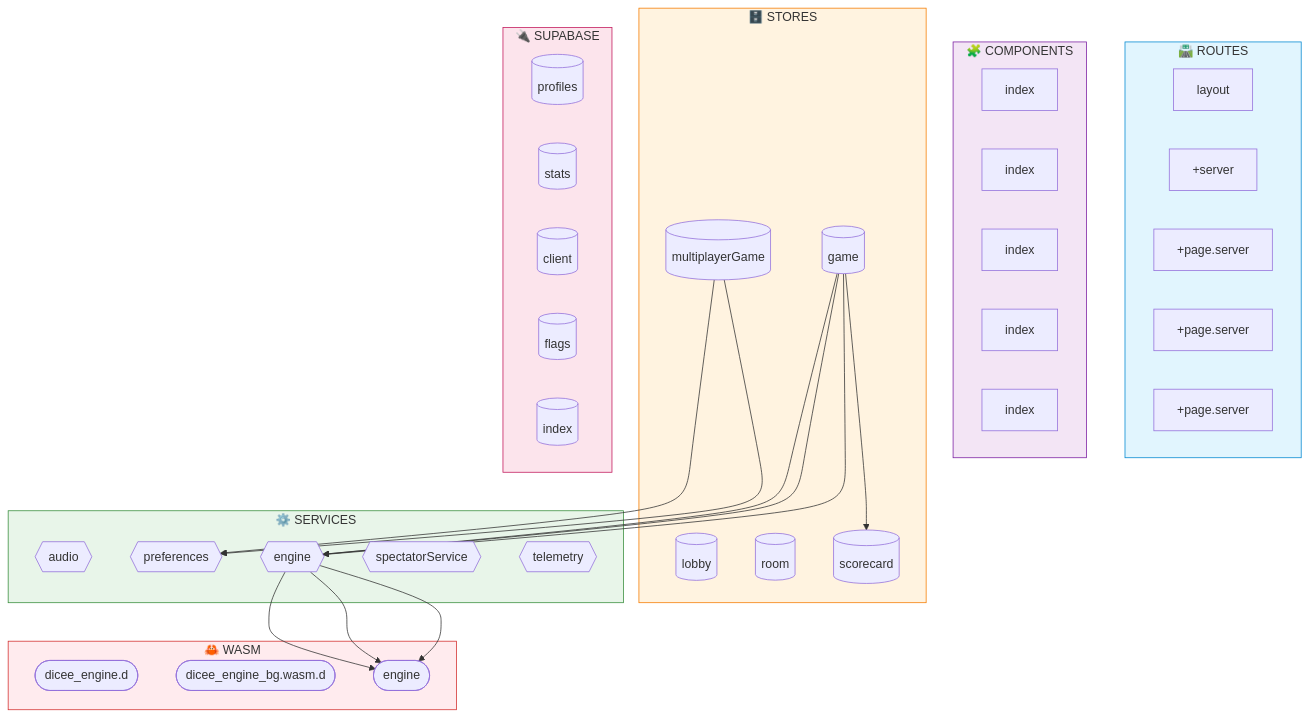
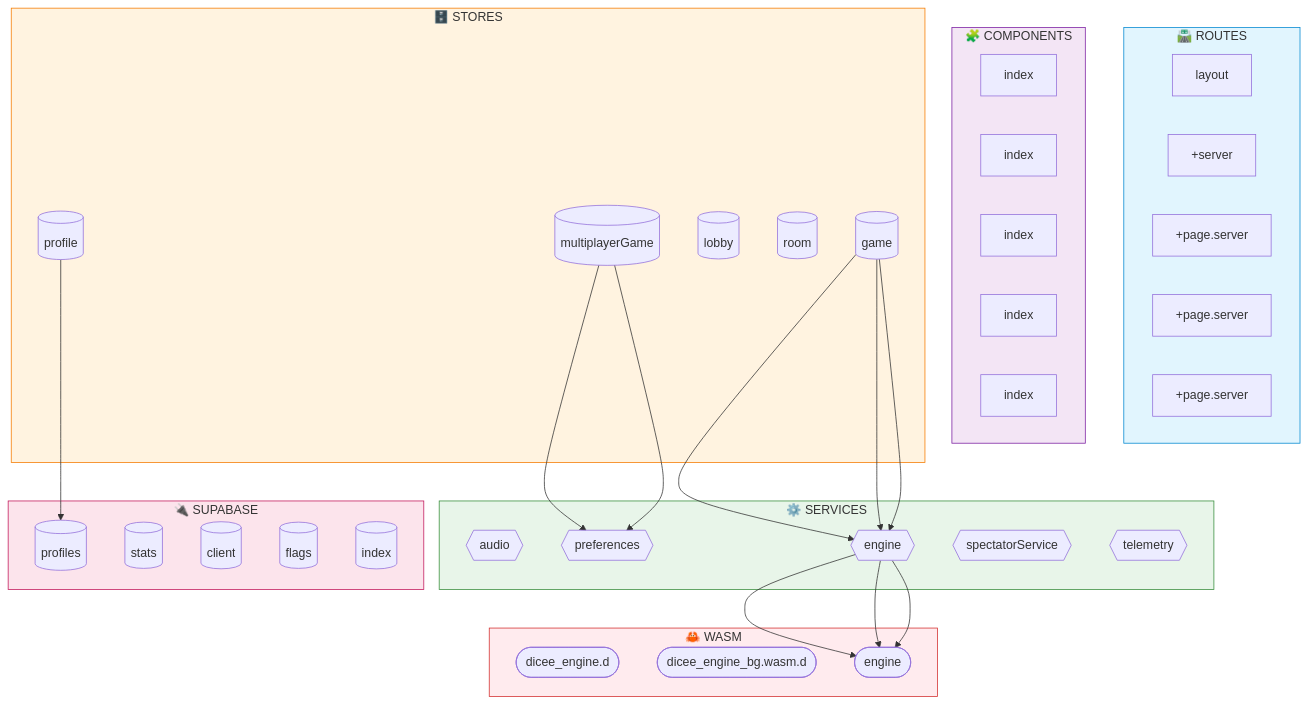
Before and after one commit to verlyn13/dicee: the diagram in docs/architecture/akg/diagrams/DATAFLOW.md, drawn with Mermaid. The commit also changed other lines of this file and 54 other files, not shown here.

First line of the commit message:
feat(arch): complete architecture consolidation plan (Phases 1-5)

````diff
--- a/docs/architecture/akg/diagrams/DATAFLOW.md
+++ b/docs/architecture/akg/diagrams/DATAFLOW.md
@@ -18,66 +18,66 @@
 ```mermaid
 flowchart TB
     subgraph routes["🛣️ ROUTES"]
         module___layout__rc_routes__layout_ts["layout"]
         module___server___callback__server_ts["+server"]
         module___page_server__obby__page_server_["+page.server"]
         module___page_server___id___page_server_["+page.server"]
         module___page_server__ode___page_server_["+page.server"]
     end
 
     subgraph components["🧩 COMPONENTS"]
         module__index__mponents_ui_index_ts["index"]
         module__index__ts_settings_index_ts["index"]
         module__index__onents_chat_index_ts["index"]
         module__index__onents_auth_index_ts["index"]
         module__index__ts_skeleton_index_ts["index"]
     end
 
     subgraph stores["🗄️ STORES"]
         store__game_svelte__tores_game_svelte_ts[("game")]
+        store__profile_svelte__es_profile_svelte[("profile")]
         store__lobby_svelte__ores_lobby_svelte_t[("lobby")]
         store__room_svelte__tores_room_svelte_ts[("room")]
         store__multiplayerGame_svelte__playerGam[("multiplayerGame")]
-        store__scorecard_svelte___scorecard_svel[("scorecard")]
     end
 
     subgraph services["⚙️ SERVICES"]
         service__audio__ib_services_audio_ts{{"audio"}}
         store__preferences_svelte__references_sv{{"preferences"}}
         service__engine__b_services_engine_ts{{"engine"}}
         store__spectatorService_svelte__torServi{{"spectatorService"}}
         service__telemetry__ervices_telemetry_ts{{"telemetry"}}
     end
 
     subgraph supabase["🔌 SUPABASE"]
         supabasemodule__profiles__supabase_profi[("profiles")]
         supabasemodule__stats__ib_supabase_stats[("stats")]
         supabasemodule__client__b_supabase_clien[("client")]
         supabasemodule__flags__ib_supabase_flags[("flags")]
         supabasemodule__index__ib_supabase_index[("index")]
     end
 
     subgraph wasm["🦀 WASM"]
         wasmbridge__dicee_engine_d__sm_dicee_eng(["dicee_engine.d"])
         wasmbridge__dicee_engine_bg_wasm_d___eng(["dicee_engine_bg.wasm.d"])
         wasmbridge__engine__eb_src_lib_engine_ts(["engine"])
     end
 
     store__game_svelte__tores_game_svelte_ts --> service__engine__b_services_engine_ts
-    store__game_svelte__tores_game_svelte_ts --> store__scorecard_svelte___scorecard_svel
     store__game_svelte__tores_game_svelte_ts --> service__engine__b_services_engine_ts
     store__game_svelte__tores_game_svelte_ts --> service__engine__b_services_engine_ts
+    store__profile_svelte__es_profile_svelte --> supabasemodule__profiles__supabase_profi
     store__multiplayerGame_svelte__playerGam --> store__preferences_svelte__references_sv
     store__multiplayerGame_svelte__playerGam --> store__preferences_svelte__references_sv
     service__engine__b_services_engine_ts --> wasmbridge__engine__eb_src_lib_engine_ts
     service__engine__b_services_engine_ts --> wasmbridge__engine__eb_src_lib_engine_ts
     service__engine__b_services_engine_ts --> wasmbridge__engine__eb_src_lib_engine_ts
 
     %% Layer styling
     style routes fill:#e1f5fe,stroke:#0288d1
     style components fill:#f3e5f5,stroke:#7b1fa2
     style stores fill:#fff3e0,stroke:#f57c00
     style services fill:#e8f5e9,stroke:#388e3c
     style supabase fill:#fce4ec,stroke:#c2185b
     style wasm fill:#ffebee,stroke:#d32f2f
 ```
````
